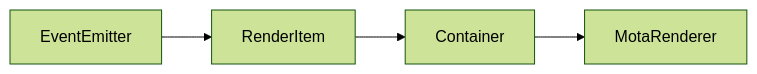
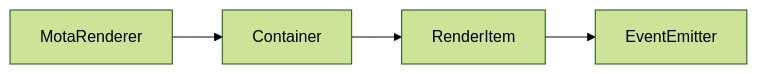
The diagram in docs/api/motajs-render-core/MotaRenderer.md (unanmed/HumanBreak), drawn with Mermaid (forest theme) before and after one commit. The commit also changed 37 other files, not shown here.

````diff
--- a/docs/api/motajs-render-core/MotaRenderer.md
+++ b/docs/api/motajs-render-core/MotaRenderer.md
@@ -9,6 +9,8 @@
 ```mermaid
 graph LR
-    EventEmitter --> RenderItem
-    RenderItem --> Container
-    Container --> MotaRenderer
+    MotaRenderer --> Container --> RenderItem --> EventEmitter
+
+    click Container "./Container"
+    click RenderItem "./RenderItem"
+    click EventEmitter "https://nodejs.org/api/events.html#class-eventemitter"
 ```
````
